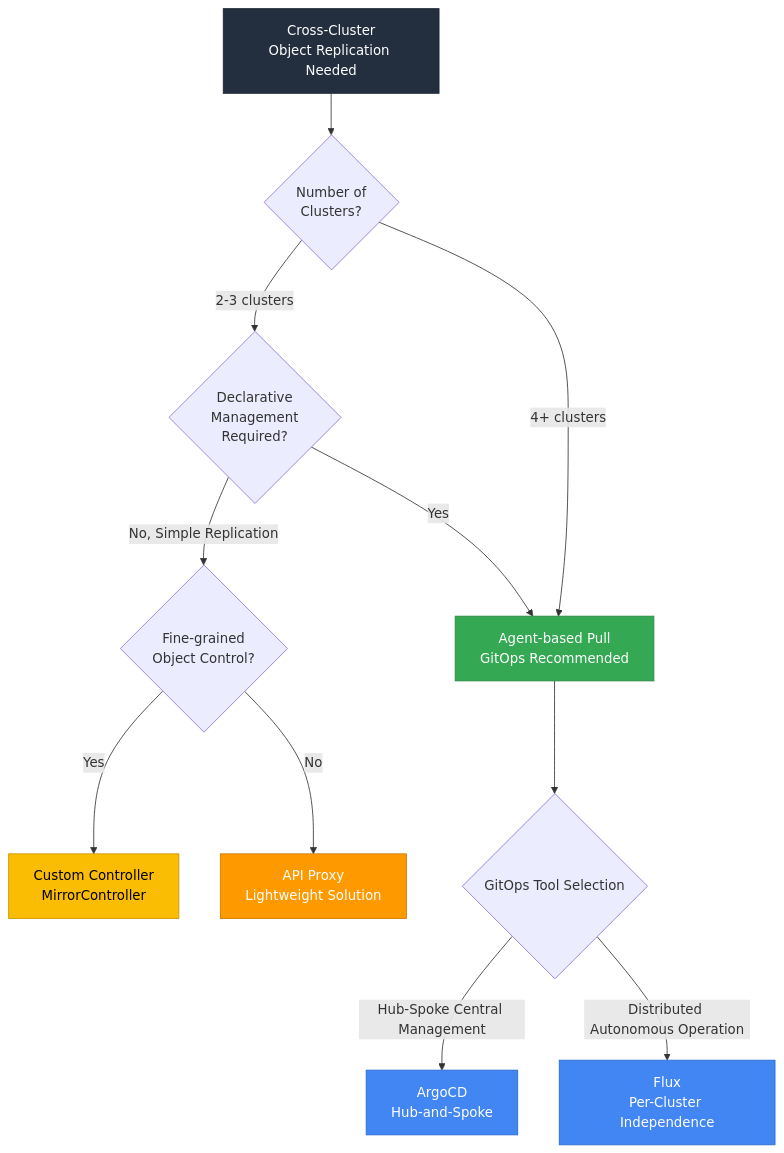
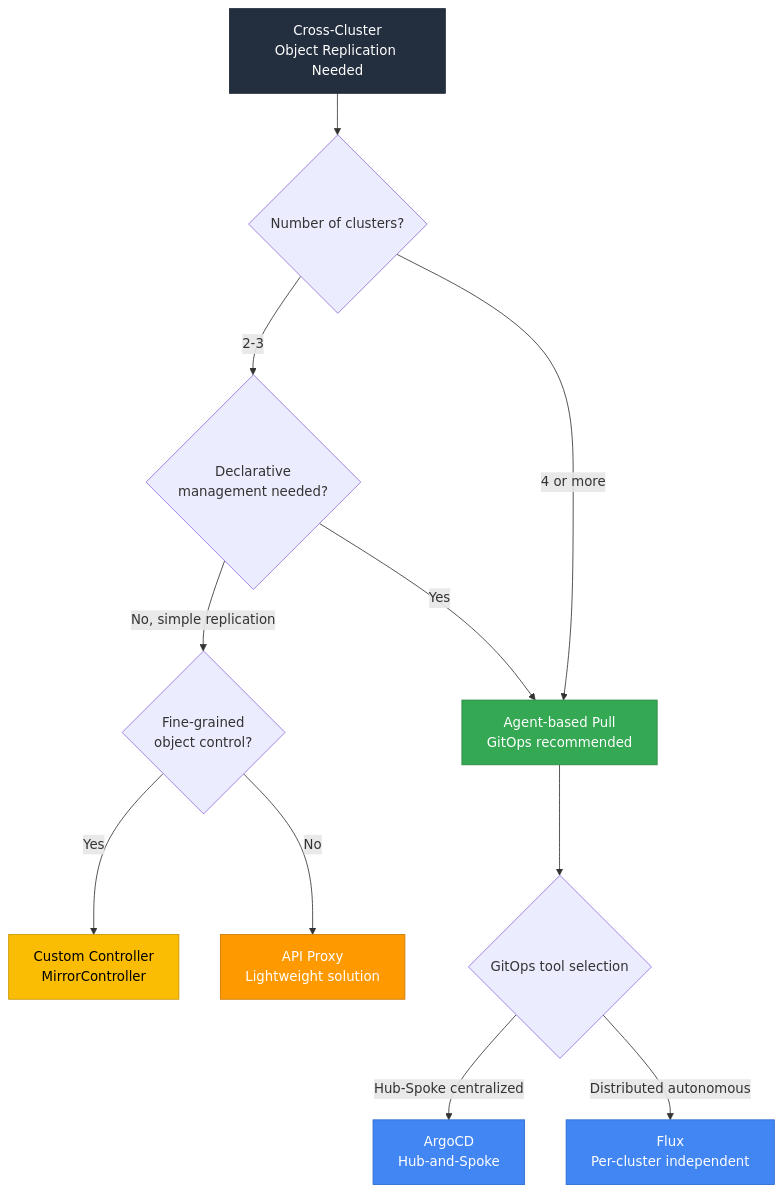
The fourth of 8 diagrams in i18n/en/docusaurus-plugin-content-docs/current/eks-best-practices/control-plane-scaling/cross-cluster-object-replication.md (devfloor9/engineering-playbook), drawn with Mermaid before and after one commit. The commit also changed other lines of this file and 95 other files, not shown here.

````diff
--- a/i18n/en/docusaurus-plugin-content-docs/current/eks-best-practices/control-plane-scaling/cross-cluster-object-replication.md
+++ b/i18n/en/docusaurus-plugin-content-docs/current/eks-best-practices/control-plane-scaling/cross-cluster-object-replication.md
@@ -131,24 +131,24 @@
 ```mermaid
 flowchart TD
-    START[Cross-Cluster<br/>Object Replication Needed] --> Q1{Number of<br/>Clusters?}
+    START[Cross-Cluster<br/>Object Replication Needed] --> Q1{Number of clusters?}
 
-    Q1 --> |2-3 clusters| Q2{Declarative<br/>Management<br/>Required?}
-    Q1 --> |4+ clusters| PULL[Agent-based Pull<br/>GitOps Recommended]
+    Q1 --> |2-3| Q2{Declarative<br/>management needed?}
+    Q1 --> |4 or more| PULL[Agent-based Pull<br/>GitOps recommended]
 
     Q2 --> |Yes| PULL
-    Q2 --> |No, Simple Replication| Q3{Fine-grained<br/>Object Control?}
+    Q2 --> |No, simple replication| Q3{Fine-grained<br/>object control?}
 
     Q3 --> |Yes| MIRROR[Custom Controller<br/>MirrorController]
-    Q3 --> |No| PROXY[API Proxy<br/>Lightweight Solution]
+    Q3 --> |No| PROXY[API Proxy<br/>Lightweight solution]
 
-    PULL --> GITOPS{GitOps Tool Selection}
-    GITOPS --> |Hub-Spoke Central Management| ARGO[ArgoCD<br/>Hub-and-Spoke]
-    GITOPS --> |Distributed Autonomous Operation| FLUX[Flux<br/>Per-Cluster Independence]
+    PULL --> GITOPS{GitOps tool selection}
+    GITOPS --> |Hub-Spoke centralized| ARGO[ArgoCD<br/>Hub-and-Spoke]
+    GITOPS --> |Distributed autonomous| FLUX[Flux<br/>Per-cluster independent]
 
     style START fill:#232f3e,stroke:#1a2332,color:#fff
     style PULL fill:#34a853,stroke:#2a8642,color:#fff
     style ARGO fill:#4286f4,stroke:#2a6acf,color:#fff
     style FLUX fill:#4286f4,stroke:#2a6acf,color:#fff
     style MIRROR fill:#fbbc04,stroke:#c99603,color:#000
     style PROXY fill:#ff9900,stroke:#cc7a00,color:#fff
 ```
````
